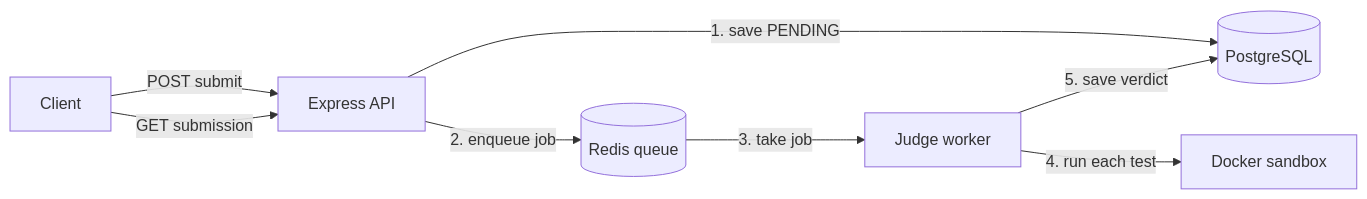
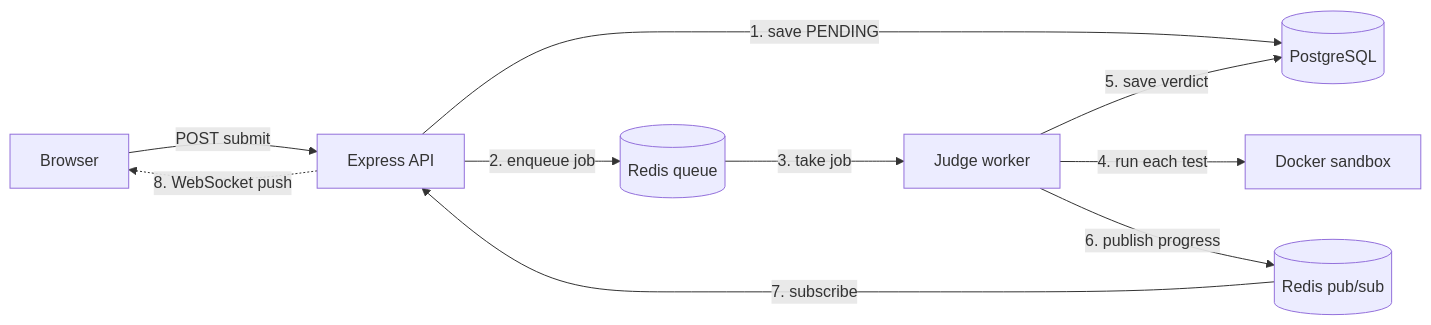
The diagram in README.md (SihariN/code-judge), drawn with Mermaid before and after one commit. The commit also changed other lines of this file, not shown here.

Commit message:
docs: realtime architecture

````diff
--- a/README.md
+++ b/README.md
@@ -42,10 +43,12 @@
 ```mermaid
 flowchart LR
-    U[Client] -->|POST submit| A[Express API]
+    U[Browser] -->|POST submit| A[Express API]
     A -->|1. save PENDING| P[(PostgreSQL)]
-    A -->|2. enqueue job| R[(Redis queue)]
-    R -->|3. take job| W[Judge worker]
+    A -->|2. enqueue job| Q[(Redis queue)]
+    Q -->|3. take job| W[Judge worker]
     W -->|4. run each test| D[Docker sandbox]
     W -->|5. save verdict| P
-    U -->|GET submission| A
+    W -->|6. publish progress| R[(Redis pub/sub)]
+    R -->|7. subscribe| A
+    A -.->|8. WebSocket push| U
 ```
````
